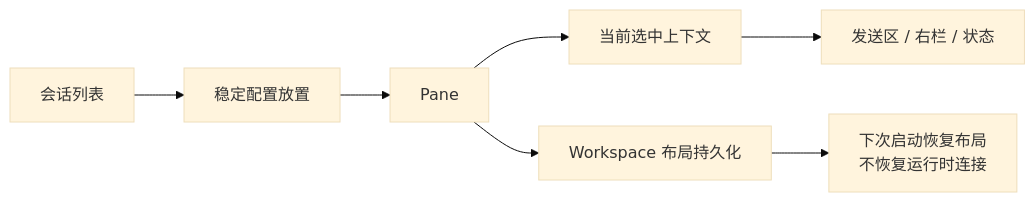
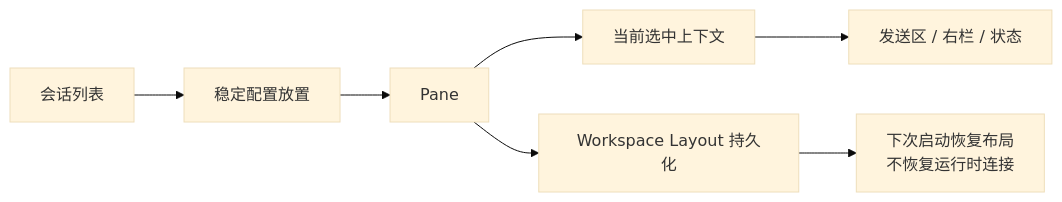
One commit to hamburger-os/TauTerm changed the diagram in docs/modules/WORKSPACE.md. Above: the diagram before and after it, drawn with Mermaid (base theme). The commit also changed other lines of this file, not shown here.

Commit message:
docs: separate workspace asset model from layout

````diff
--- a/docs/modules/WORKSPACE.md
+++ b/docs/modules/WORKSPACE.md
@@ -17,9 +38,9 @@
 ```mermaid
 flowchart LR
   Sidebar["会话列表"] --> Placement["稳定配置放置"]
   Placement --> Pane["Pane"]
   Pane --> Selection["当前选中上下文"]
   Selection --> Aux["发送区 / 右栏 / 状态"]
-  Pane --> Persist["Workspace 布局持久化"]
+  Pane --> Persist["Workspace Layout 持久化"]
   Persist --> Restore["下次启动恢复布局\n不恢复运行时连接"]
 ```
````
